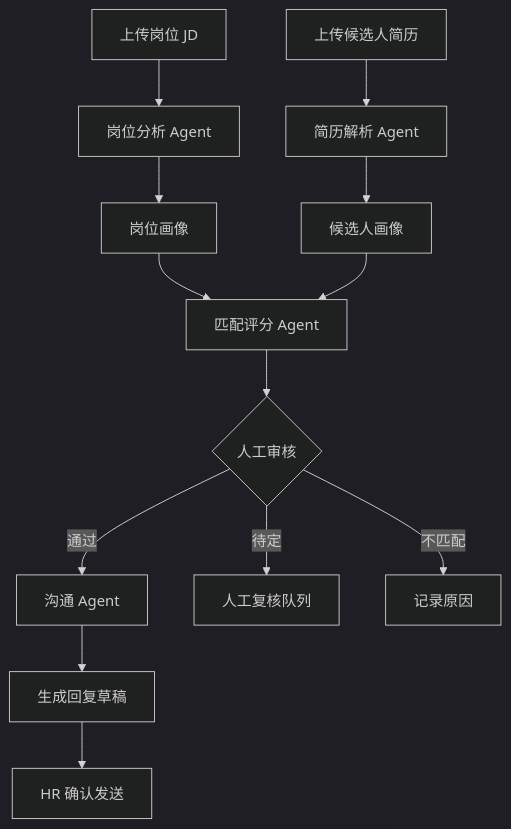
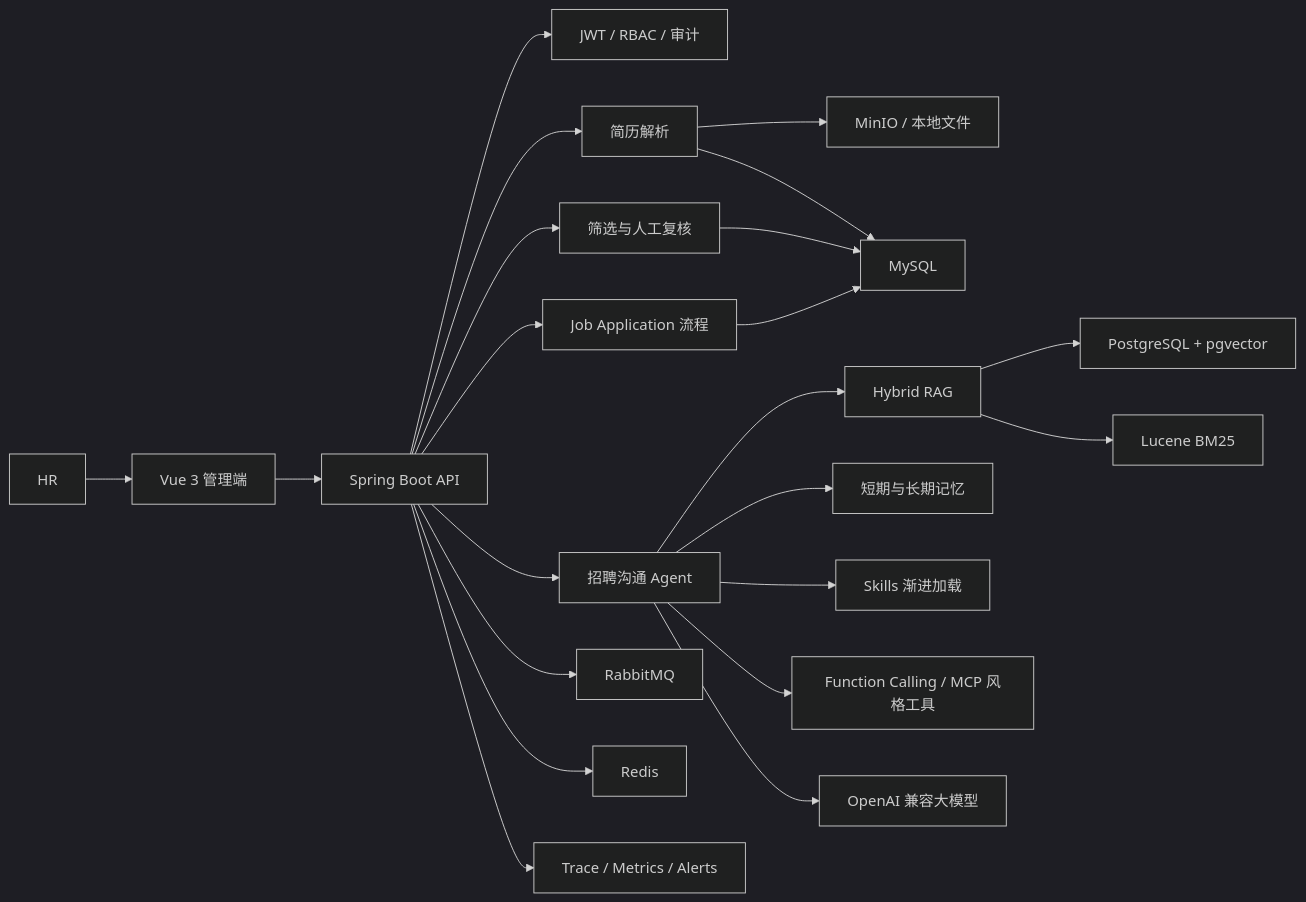
One commit to fanfanaini/zzh changed the diagram in README.md. Above: the diagram before and after it, drawn with Mermaid (dark theme). The commit also changed other lines of this file, not shown here.

````diff
--- a/README.md
+++ b/README.md
@@ -30,15 +94,29 @@
 ```mermaid
-flowchart TD
-    A["上传岗位 JD"] --> B["岗位分析 Agent"]
-    C["上传候选人简历"] --> D["简历解析 Agent"]
-    B --> E["岗位画像"]
-    D --> F["候选人画像"]
-    E --> G["匹配评分 Agent"]
-    F --> G
-    G --> H{"人工审核"}
-    H -->|通过| I["沟通 Agent"]
-    H -->|待定| J["人工复核队列"]
-    H -->|不匹配| K["记录原因"]
-    I --> L["生成回复草稿"]
-    L --> M["HR 确认发送"]
+flowchart LR
+    HR["HR"] --> WEB["Vue 3 管理端"]
+    WEB --> API["Spring Boot API"]
+
+    API --> AUTH["JWT / RBAC / 审计"]
+    API --> RESUME["简历解析"]
+    API --> SCREEN["筛选与人工复核"]
+    API --> CONV["招聘沟通 Agent"]
+    API --> APP["Job Application 流程"]
+
+    RESUME --> FILE["MinIO / 本地文件"]
+    RESUME --> MYSQL["MySQL"]
+    SCREEN --> MYSQL
+    APP --> MYSQL
+
+    CONV --> RAG["Hybrid RAG"]
+    CONV --> MEMORY["短期与长期记忆"]
+    CONV --> SKILL["Skills 渐进加载"]
+    CONV --> TOOLS["Function Calling / MCP 风格工具"]
+    CONV --> LLM["OpenAI 兼容大模型"]
+
+    RAG --> VECTOR["PostgreSQL + pgvector"]
+    RAG --> BM25["Lucene BM25"]
+
+    API --> MQ["RabbitMQ"]
+    API --> REDIS["Redis"]
+    API --> TRACE["Trace / Metrics / Alerts"]
 ```
````
